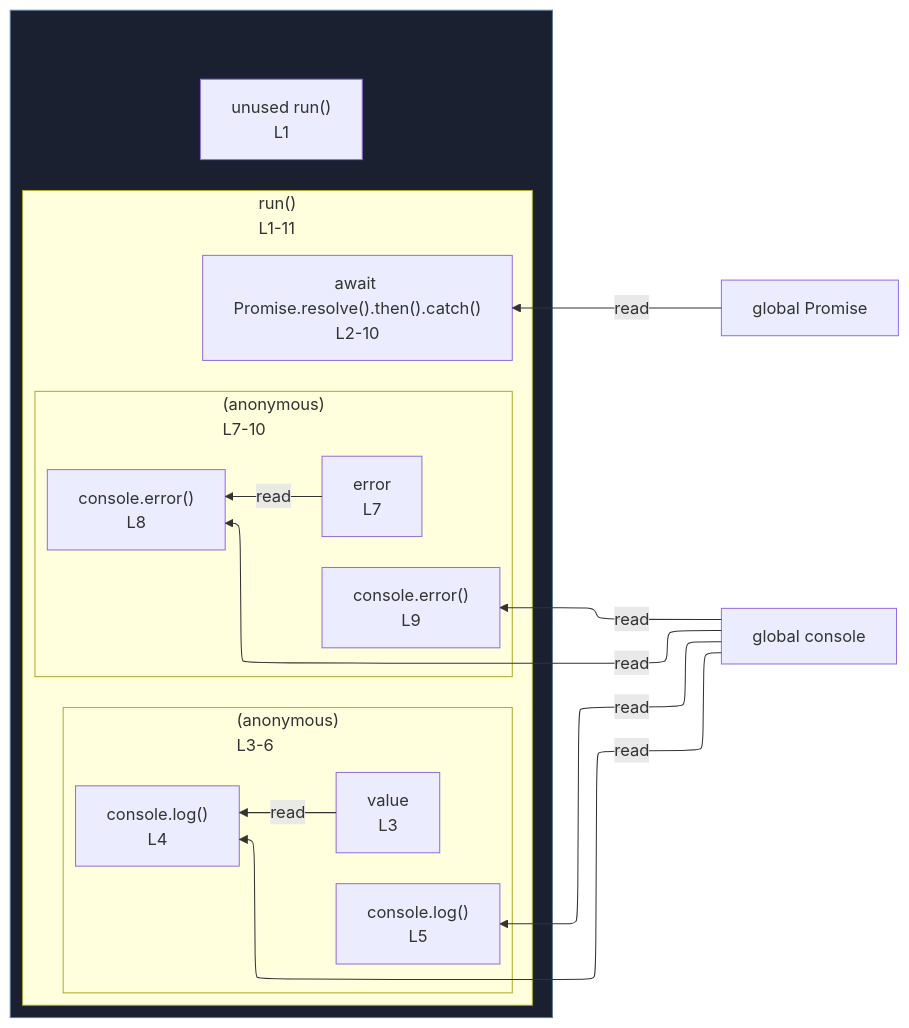
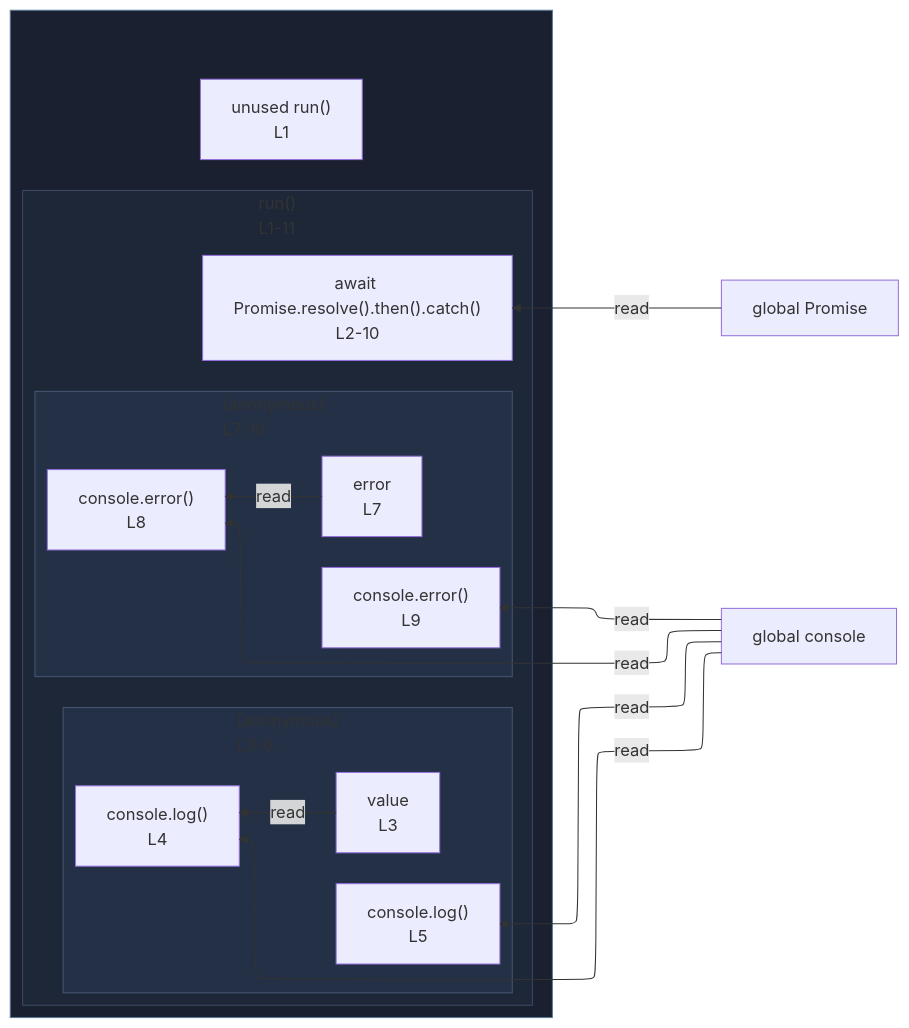
Before and after one commit to crescware/unsnarl: the diagram in integration/fixtures/expression-statement/awaited-then-catch/preview.md, drawn with Mermaid. The commit also changed 249 other files, not shown here.

First line of the commit message:
Color Mermaid subgraphs by nesting depth via theme palette

````diff
--- a/integration/fixtures/expression-statement/awaited-then-catch/preview.md
+++ b/integration/fixtures/expression-statement/awaited-then-catch/preview.md
@@ -21,35 +21,40 @@
 ```mermaid
 %%{init: {"flowchart": {"defaultRenderer": "elk"}}}%%
 flowchart RL
   n_scope_0_Promise_53["global Promise"]
   n_scope_0_console_100["global console"]
   subgraph wrap_s_scope_1[" "]
     direction TB
     n_scope_0_run_22["unused run()<br/>L1"]
     subgraph s_scope_1["run()<br/>L1-11"]
       direction RL
       expr_stmt_47["await Promise.resolve().then().catch()<br/>L2-10"]
       subgraph s_scope_2["(anonymous)<br/>L3-6"]
         direction RL
         n_scope_2_value_82["value<br/>L3"]
         expr_stmt_100["console.log()<br/>L4"]
         expr_stmt_142["console.log()<br/>L5"]
       end
       subgraph s_scope_3["(anonymous)<br/>L7-10"]
         direction RL
         n_scope_3_error_202["error<br/>L7"]
         expr_stmt_220["console.error()<br/>L8"]
         expr_stmt_265["console.error()<br/>L9"]
       end
     end
   end
   n_scope_0_Promise_53 -->|read| expr_stmt_47
   n_scope_0_console_100 -->|read| expr_stmt_100
   n_scope_2_value_82 -->|read| expr_stmt_100
   n_scope_0_console_100 -->|read| expr_stmt_142
   n_scope_0_console_100 -->|read| expr_stmt_220
   n_scope_3_error_202 -->|read| expr_stmt_220
   n_scope_0_console_100 -->|read| expr_stmt_265
   classDef fnWrap fill:#1a2030,stroke:#5a7d99;
   class wrap_s_scope_1 fnWrap;
+  classDef nestL1 fill:#1e2738,stroke:#3d4a63;
+  class s_scope_1 nestL1;
+  classDef nestL2 fill:#233045,stroke:#475670;
+  class s_scope_2 nestL2;
+  class s_scope_3 nestL2;
 ```
````
